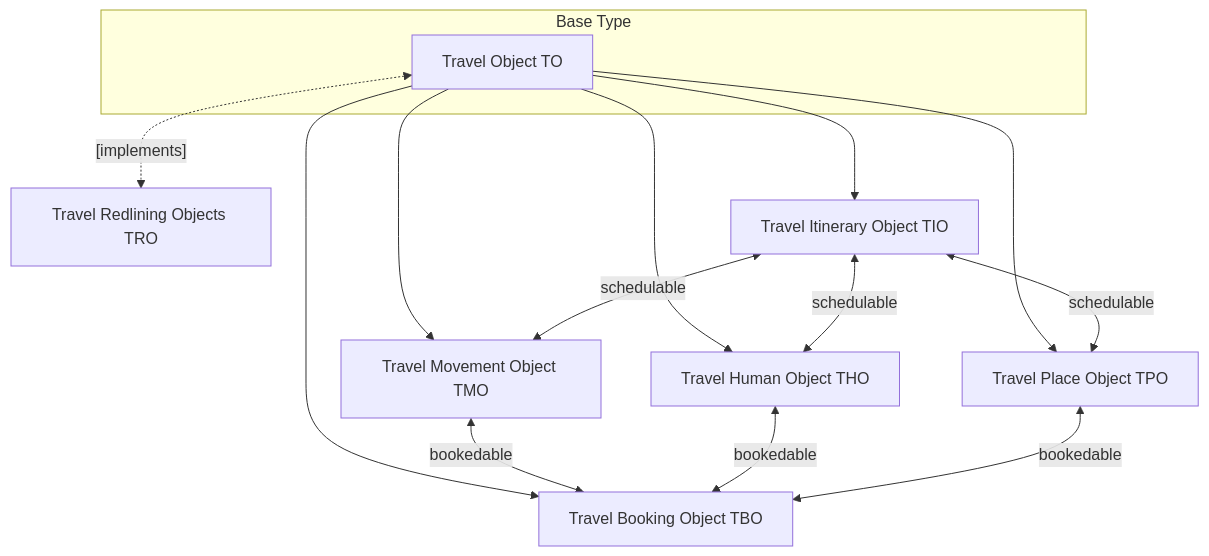
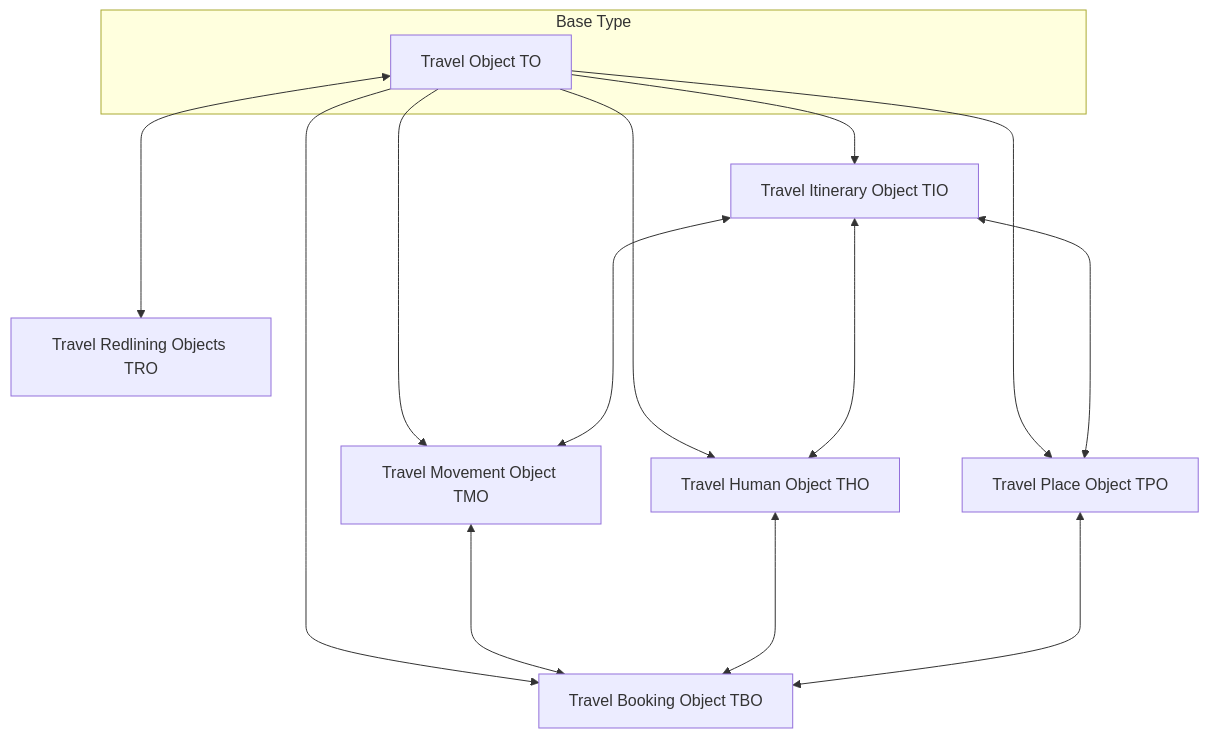
One commit to OSSTRA/TXDM changed the diagram in README.md. Above: the diagram before and after it, drawn with Mermaid.

````diff
--- a/README.md
+++ b/README.md
@@ -38,18 +38,18 @@
 ```mermaid
 graph TD;
     subgraph Base Type;
     Base[Travel Object TO];
     end;
-    Base<-. [implements] .->TRO[Travel Redlining Objects TRO];
+    Base<---->TRO[Travel Redlining Objects TRO];
     Base-->TIO[Travel Itinerary Object TIO];
     Base-->TPO[Travel Place Object TPO];
     Base-->TMO[Travel Movement Object TMO];
     Base-->THO[Travel Human Object THO]
     Base-->TBO[Travel Booking Object TBO]
-    TIO<-- schedulable-->TPO;
-    TIO<-- schedulable-->TMO;
-    TIO<-- schedulable-->THO;
-    TMO<-- bookedable -->TBO;
-    THO<-- bookedable -->TBO;
-    TPO<-- bookedable -->TBO;
+    TIO<---->TPO;
+    TIO<---->TMO;
+    TIO<---->THO;
+    TMO<---->TBO;
+    THO<---->TBO;
+    TPO<---->TBO;
 ```
````
